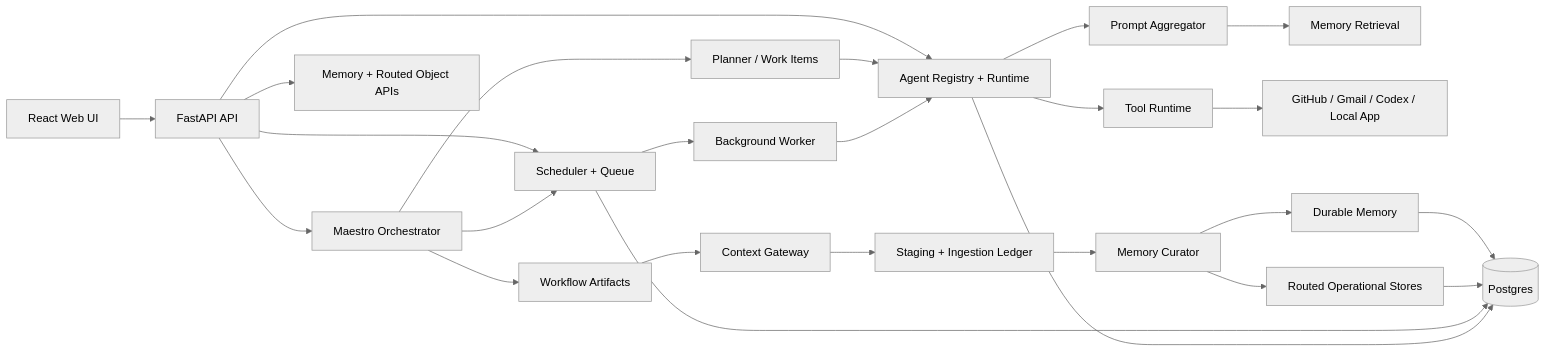
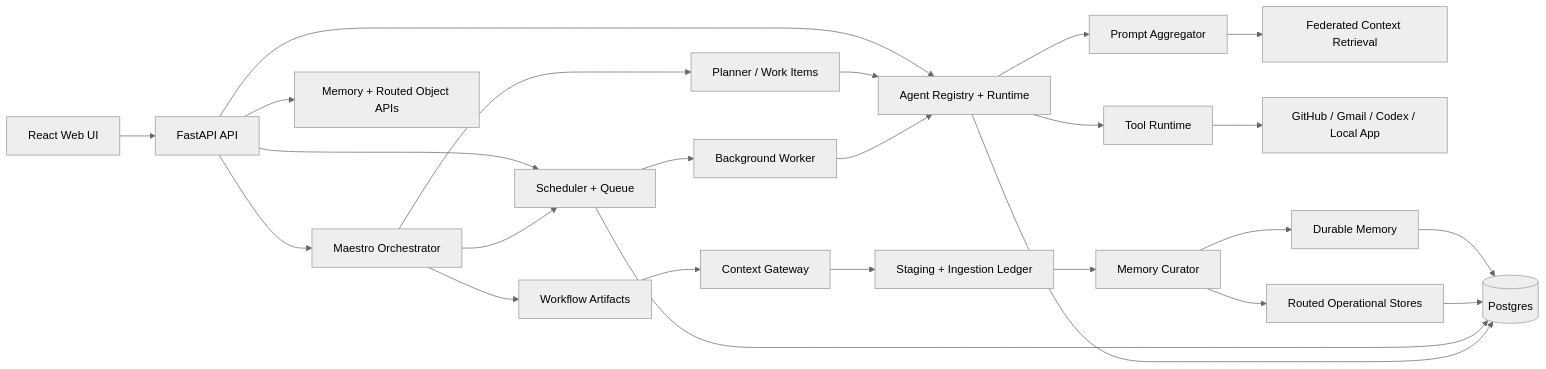
Before and after one commit to Caliperti1/Maestro: the diagram in README.md, drawn with Mermaid (neutral theme). The commit also changed other lines of this file and 16 other files, not shown here.

````diff
--- a/README.md
+++ b/README.md
@@ -32,31 +38,31 @@
 ```mermaid
 flowchart LR
     UI["React Web UI"] --> API["FastAPI API"]
     API --> Maestro["Maestro Orchestrator"]
     API --> Memory["Memory + Routed Object APIs"]
     API --> Agents["Agent Registry + Runtime"]
     API --> Scheduler["Scheduler + Queue"]
 
     Maestro --> Planner["Planner / Work Items"]
     Planner --> Agents
     Maestro --> Scheduler
     Scheduler --> Worker["Background Worker"]
     Worker --> Agents
 
     Agents --> Prompt["Prompt Aggregator"]
-    Prompt --> Retrieval["Memory Retrieval"]
+    Prompt --> Retrieval["Federated Context Retrieval"]
     Agents --> Tools["Tool Runtime"]
     Tools --> External["GitHub / Gmail / Codex / Local App"]
 
     Maestro --> Artifacts["Workflow Artifacts"]
     Artifacts --> Gateway["Context Gateway"]
     Gateway --> Dropbox["Staging + Ingestion Ledger"]
     Dropbox --> Curator["Memory Curator"]
     Curator --> DurableMemory["Durable Memory"]
     Curator --> Routed["Routed Operational Stores"]
 
     DurableMemory --> DB[("Postgres")]
     Routed --> DB
     Scheduler --> DB
     Agents --> DB
 ```
````
